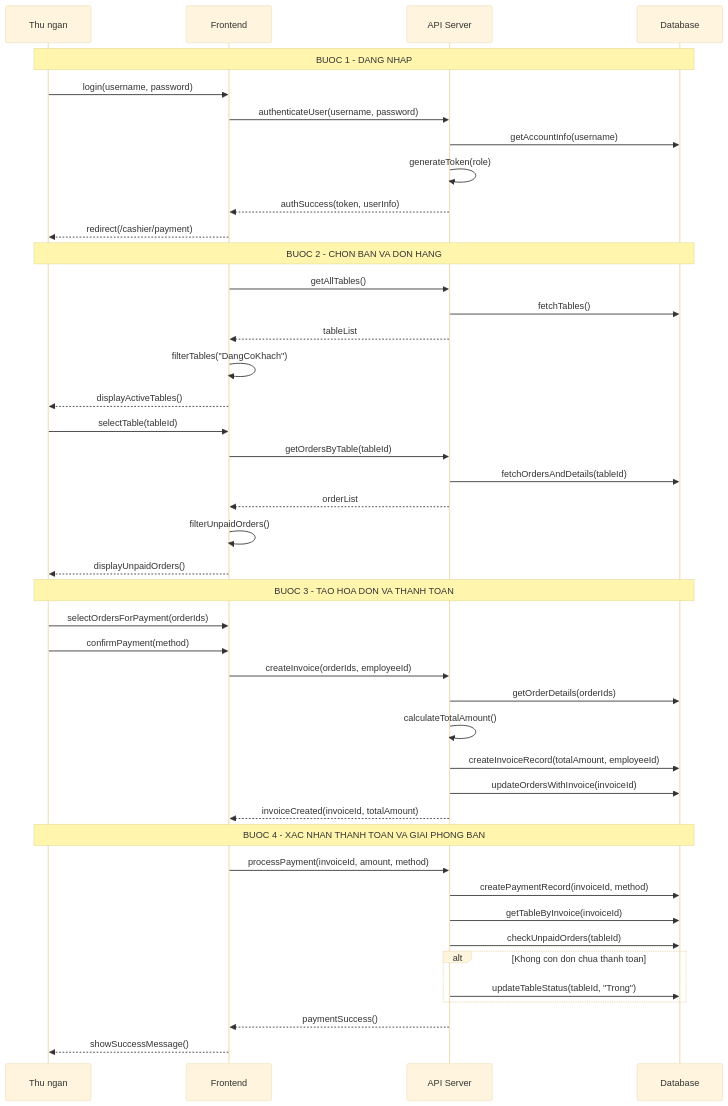
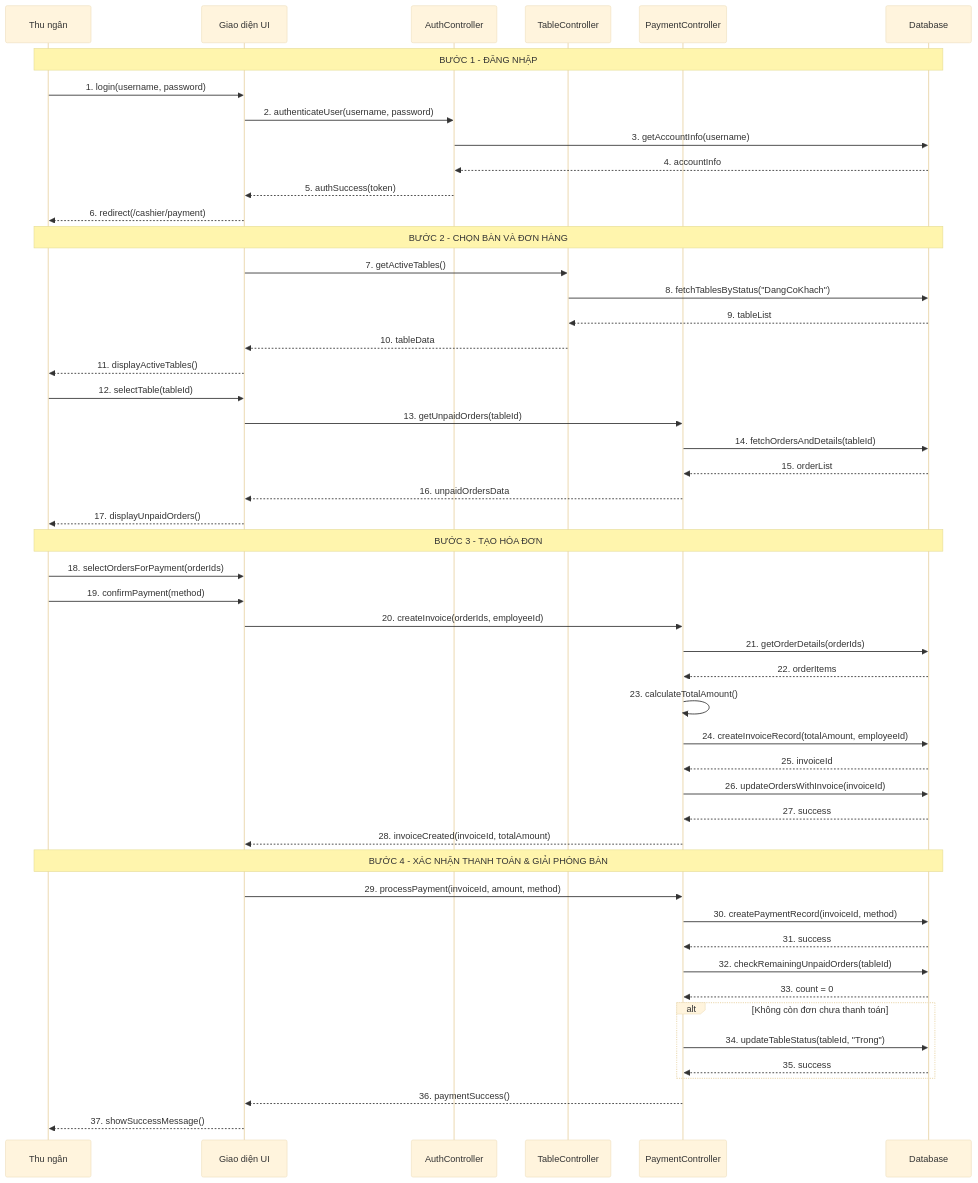
Before and after one commit to tahpnart8/demo-pttkht-Nhom2IT0001: the eighth of 10 diagrams in docs/so-do-he-thong.md, drawn with Mermaid (base theme). The commit also changed other lines of this file, not shown here.

````diff
--- a/docs/so-do-he-thong.md
+++ b/docs/so-do-he-thong.md
@@ -386,49 +370,56 @@
 ```mermaid
 sequenceDiagram
-    participant TN as Thu ngan
-    participant FE as Frontend
-    participant API as API Server
+    participant TN as Thu ngân
+    participant UI as Giao diện UI
+    participant AC as AuthController
+    participant TC as TableController
+    participant PC as PaymentController
     participant DB as Database
 
-    Note over TN,DB: BUOC 1 - DANG NHAP
-    TN->>FE: login(username, password)
-    FE->>API: authenticateUser(username, password)
-    API->>DB: getAccountInfo(username)
-    API->>API: generateToken(role)
-    API-->>FE: authSuccess(token, userInfo)
-    FE-->>TN: redirect(/cashier/payment)
+    Note over TN,DB: BƯỚC 1 - ĐĂNG NHẬP
+    TN->>UI: 1. login(username, password)
+    UI->>AC: 2. authenticateUser(username, password)
+    AC->>DB: 3. getAccountInfo(username)
+    DB-->>AC: 4. accountInfo
+    AC-->>UI: 5. authSuccess(token)
+    UI-->>TN: 6. redirect(/cashier/payment)
 
-    Note over TN,DB: BUOC 2 - CHON BAN VA DON HANG
-    FE->>API: getAllTables()
-    API->>DB: fetchTables()
-    API-->>FE: tableList
-    FE->>FE: filterTables("DangCoKhach")
-    FE-->>TN: displayActiveTables()
-    TN->>FE: selectTable(tableId)
-    FE->>API: getOrdersByTable(tableId)
-    API->>DB: fetchOrdersAndDetails(tableId)
-    API-->>FE: orderList
-    FE->>FE: filterUnpaidOrders()
-    FE-->>TN: displayUnpaidOrders()
+    Note over TN,DB: BƯỚC 2 - CHỌN BÀN VÀ ĐƠN HÀNG
+    UI->>TC: 7. getActiveTables()
+    TC->>DB: 8. fetchTablesByStatus("DangCoKhach")
+    DB-->>TC: 9. tableList
+    TC-->>UI: 10. tableData
+    UI-->>TN: 11. displayActiveTables()
+    TN->>UI: 12. selectTable(tableId)
+    UI->>PC: 13. getUnpaidOrders(tableId)
+    PC->>DB: 14. fetchOrdersAndDetails(tableId)
+    DB-->>PC: 15. orderList
+    PC-->>UI: 16. unpaidOrdersData
+    UI-->>TN: 17. displayUnpaidOrders()
 
-    Note over TN,DB: BUOC 3 - TAO HOA DON VA THANH TOAN
-    TN->>FE: selectOrdersForPayment(orderIds)
-    TN->>FE: confirmPayment(method)
-    FE->>API: createInvoice(orderIds, employeeId)
-    API->>DB: getOrderDetails(orderIds)
-    API->>API: calculateTotalAmount()
-    API->>DB: createInvoiceRecord(totalAmount, employeeId)
-    API->>DB: updateOrdersWithInvoice(invoiceId)
-    API-->>FE: invoiceCreated(invoiceId, totalAmount)
+    Note over TN,DB: BƯỚC 3 - TẠO HÓA ĐƠN
+    TN->>UI: 18. selectOrdersForPayment(orderIds)
+    TN->>UI: 19. confirmPayment(method)
+    UI->>PC: 20. createInvoice(orderIds, employeeId)
+    PC->>DB: 21. getOrderDetails(orderIds)
+    DB-->>PC: 22. orderItems
+    PC->>PC: 23. calculateTotalAmount()
+    PC->>DB: 24. createInvoiceRecord(totalAmount, employeeId)
+    DB-->>PC: 25. invoiceId
+    PC->>DB: 26. updateOrdersWithInvoice(invoiceId)
+    DB-->>PC: 27. success
+    PC-->>UI: 28. invoiceCreated(invoiceId, totalAmount)
 
-    Note over TN,DB: BUOC 4 - XAC NHAN THANH TOAN VA GIAI PHONG BAN
-    FE->>API: processPayment(invoiceId, amount, method)
-    API->>DB: createPaymentRecord(invoiceId, method)
-    API->>DB: getTableByInvoice(invoiceId)
-    API->>DB: checkUnpaidOrders(tableId)
-    alt Khong con don chua thanh toan
-        API->>DB: updateTableStatus(tableId, "Trong")
+    Note over TN,DB: BƯỚC 4 - XÁC NHẬN THANH TOÁN & GIẢI PHÓNG BÀN
+    UI->>PC: 29. processPayment(invoiceId, amount, method)
+    PC->>DB: 30. createPaymentRecord(invoiceId, method)
+    DB-->>PC: 31. success
+    PC->>DB: 32. checkRemainingUnpaidOrders(tableId)
+    DB-->>PC: 33. count = 0
+    alt Không còn đơn chưa thanh toán
+        PC->>DB: 34. updateTableStatus(tableId, "Trong")
+        DB-->>PC: 35. success
     end
-    API-->>FE: paymentSuccess()
-    FE-->>TN: showSuccessMessage()
+    PC-->>UI: 36. paymentSuccess()
+    UI-->>TN: 37. showSuccessMessage()
 ```
````
